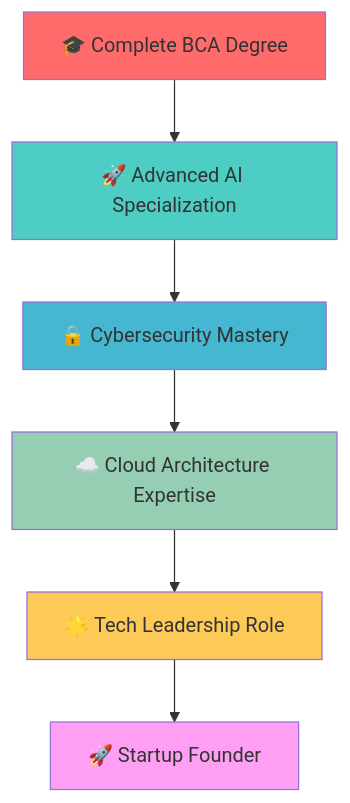
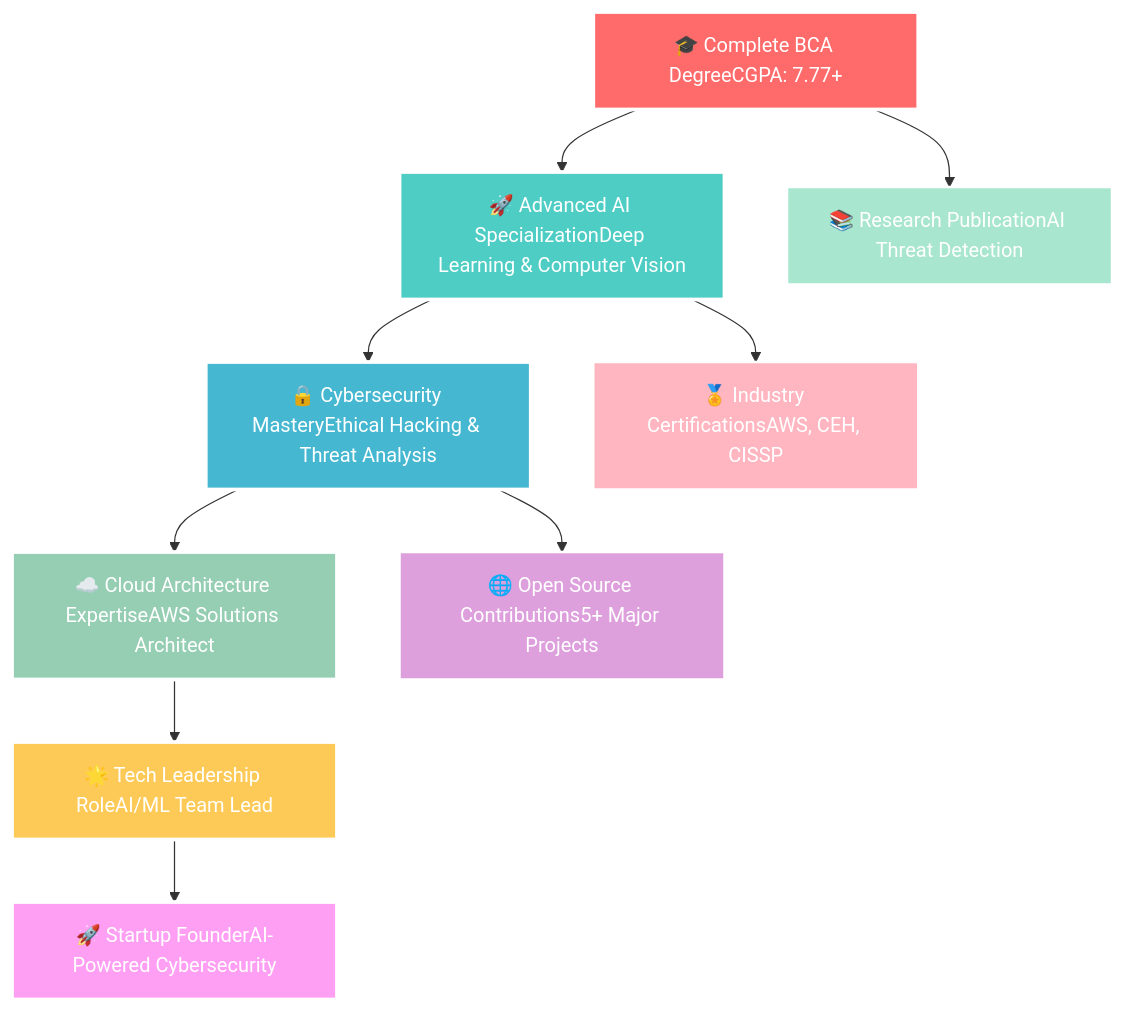
One commit to Raghav2804/Raghav2804 changed the diagram in README.md. Above: the diagram before and after it, drawn with Mermaid. The commit also changed other lines of this file, not shown here.

````diff
--- a/README.md
+++ b/README.md
@@ -220,15 +427,22 @@
 ```mermaid
 graph TD
-    A[🎓 Complete BCA Degree] --> B[🚀 Advanced AI Specialization]
-    B --> C[🔒 Cybersecurity Mastery]
-    C --> D[☁️ Cloud Architecture Expertise]
-    D --> E[🌟 Tech Leadership Role]
-    E --> F[🚀 Startup Founder]
+    A[🎓 Complete BCA DegreeCGPA: 7.77+] --> B[🚀 Advanced AI SpecializationDeep Learning & Computer Vision]
+    B --> C[🔒 Cybersecurity MasteryEthical Hacking & Threat Analysis]
+    C --> D[☁️ Cloud Architecture ExpertiseAWS Solutions Architect]
+    D --> E[🌟 Tech Leadership RoleAI/ML Team Lead]
+    E --> F[🚀 Startup FounderAI-Powered Cybersecurity]
     
-    style A fill:#ff6b6b
-    style B fill:#4ecdc4
-    style C fill:#45b7d1
-    style D fill:#96ceb4
-    style E fill:#feca57
-    style F fill:#ff9ff3
+    A --> G[📚 Research PublicationAI Threat Detection]
+    B --> H[🏅 Industry CertificationsAWS, CEH, CISSP]
+    C --> I[🌐 Open Source Contributions5+ Major Projects]
+    
+    style A fill:#FF6B6B,stroke:#fff,stroke-width:3px,color:#fff
+    style B fill:#4ECDC4,stroke:#fff,stroke-width:3px,color:#fff
+    style C fill:#45B7D1,stroke:#fff,stroke-width:3px,color:#fff
+    style D fill:#96CEB4,stroke:#fff,stroke-width:3px,color:#fff
+    style E fill:#FECA57,stroke:#fff,stroke-width:3px,color:#fff
+    style F fill:#FF9FF3,stroke:#fff,stroke-width:3px,color:#fff
+    style G fill:#A8E6CF,stroke:#fff,stroke-width:2px,color:#fff
+    style H fill:#FFB6C1,stroke:#fff,stroke-width:2px,color:#fff
+    style I fill:#DDA0DD,stroke:#fff,stroke-width:2px,color:#fff
 ```
````
